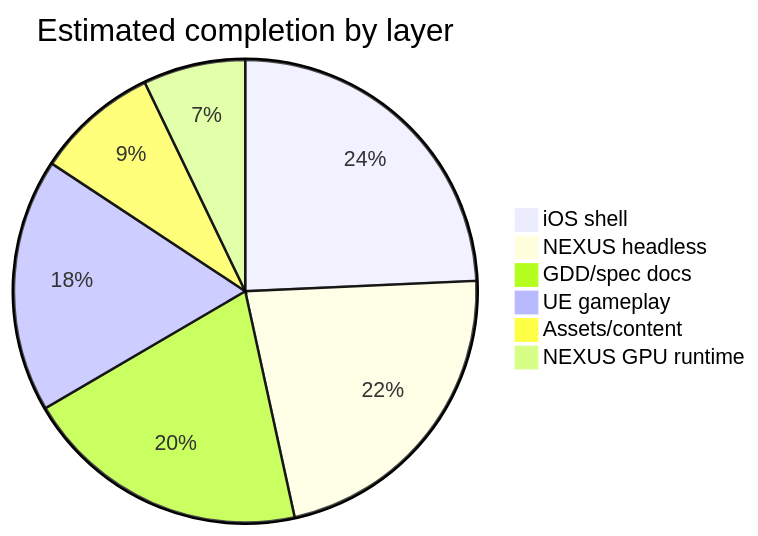
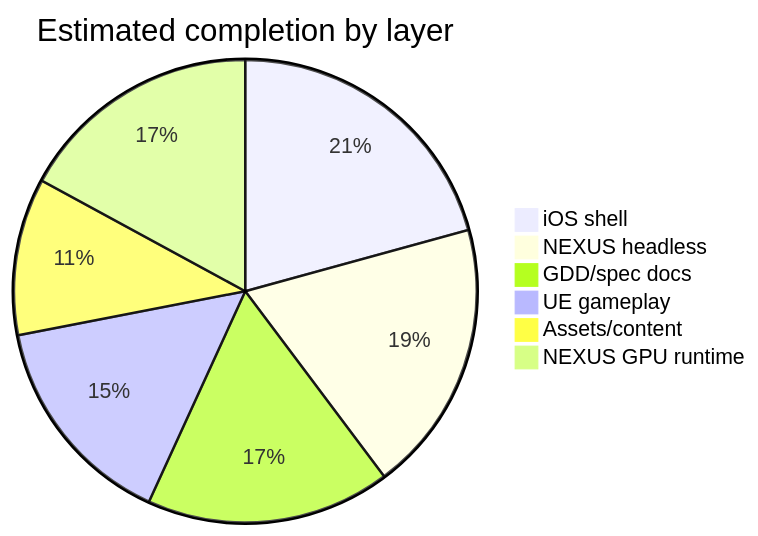
The diagram in docs/audit/GAME_COMPLETION_AUDIT.md (Elijahbonds/Final-Evolution-Lab), drawn with Mermaid before and after one commit. The commit also changed other lines of this file and 3 other files, not shown here.

````diff
--- a/docs/audit/GAME_COMPLETION_AUDIT.md
+++ b/docs/audit/GAME_COMPLETION_AUDIT.md
@@ -104,9 +107,9 @@
 ```mermaid
 pie title Estimated completion by layer
     "iOS shell" : 85
     "NEXUS headless" : 78
     "GDD/spec docs" : 70
     "UE gameplay" : 62
-    "Assets/content" : 30
-    "NEXUS GPU runtime" : 25
+    "Assets/content" : 45
+    "NEXUS GPU runtime" : 70
 ```
````
